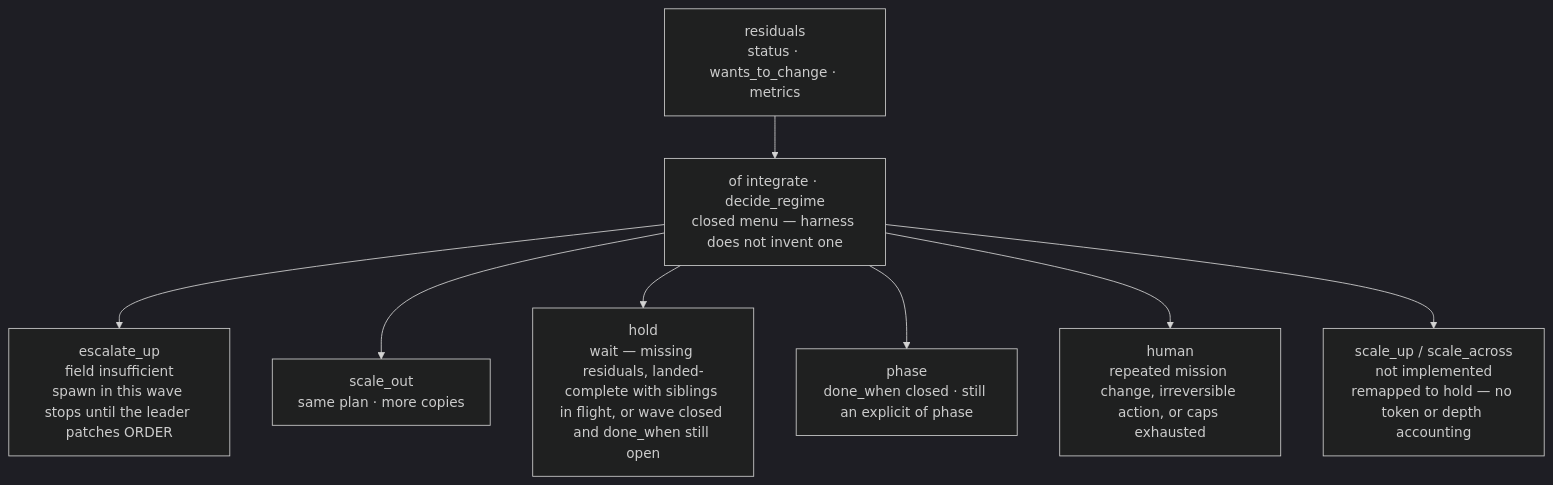
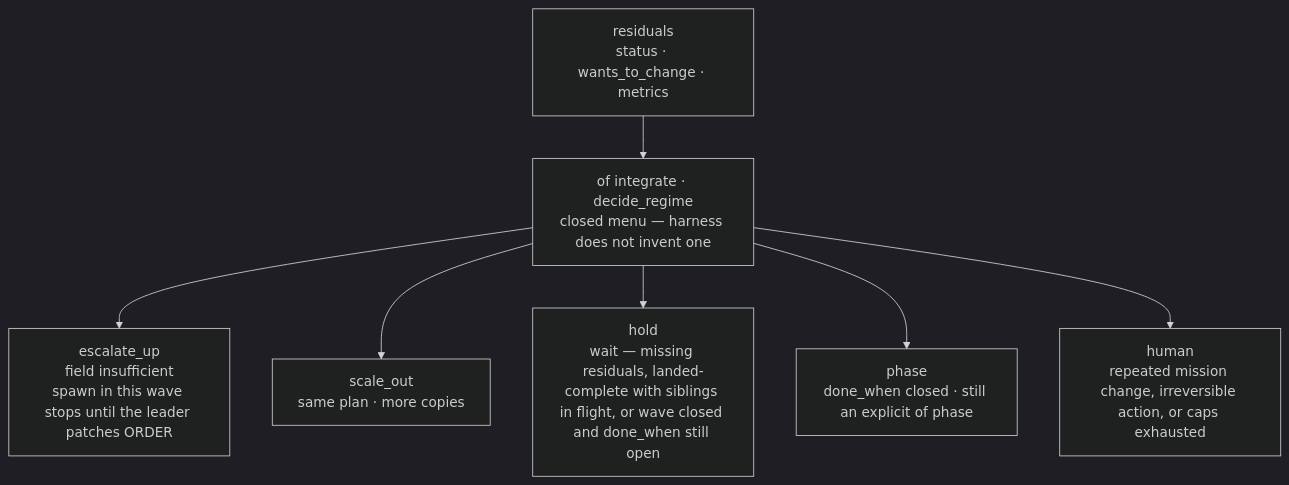
The third of 3 diagrams in docs/architecture.md (pedroknigge/orderfield), drawn with Mermaid (dark theme) before and after one commit. The commit also changed other lines of this file and 71 other files, not shown here.

````diff
--- a/docs/architecture.md
+++ b/docs/architecture.md
@@ -87,12 +87,11 @@
 ```mermaid
 flowchart TD
     residuals["residuals<br/>status · wants_to_change · metrics"]
     decide["of integrate · decide_regime<br/>closed menu — harness does not invent one"]
     residuals --> decide
     decide --> eu["escalate_up<br/>field insufficient<br/>spawn in this wave stops until the leader patches ORDER"]
     decide --> so["scale_out<br/>same plan · more copies"]
     decide --> hold["hold<br/>wait — missing residuals, landed-complete with siblings in flight, or wave closed and done_when still open"]
     decide --> phaseR["phase<br/>done_when closed · still an explicit of phase"]
     decide --> human["human<br/>repeated mission change, irreversible action, or caps exhausted"]
-    decide --> reserved["scale_up / scale_across<br/>not implemented<br/>remapped to hold — no token or depth accounting"]
 ```
````
